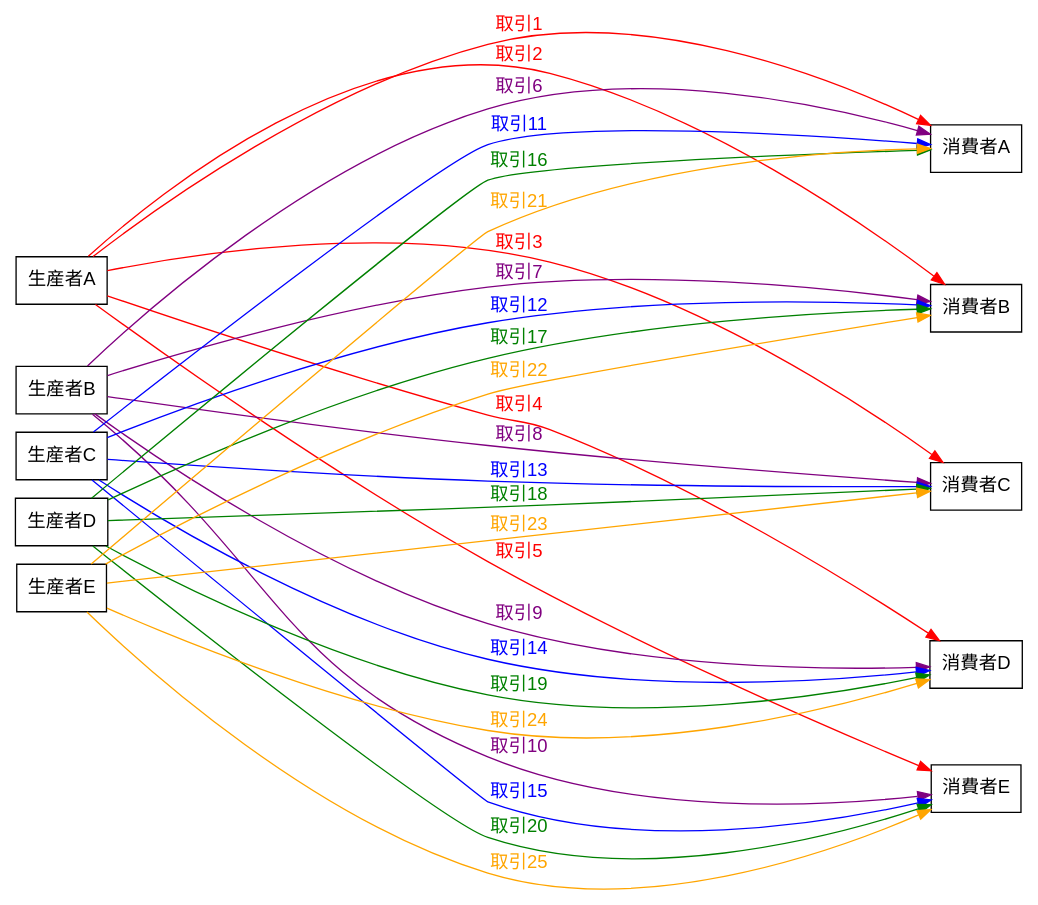
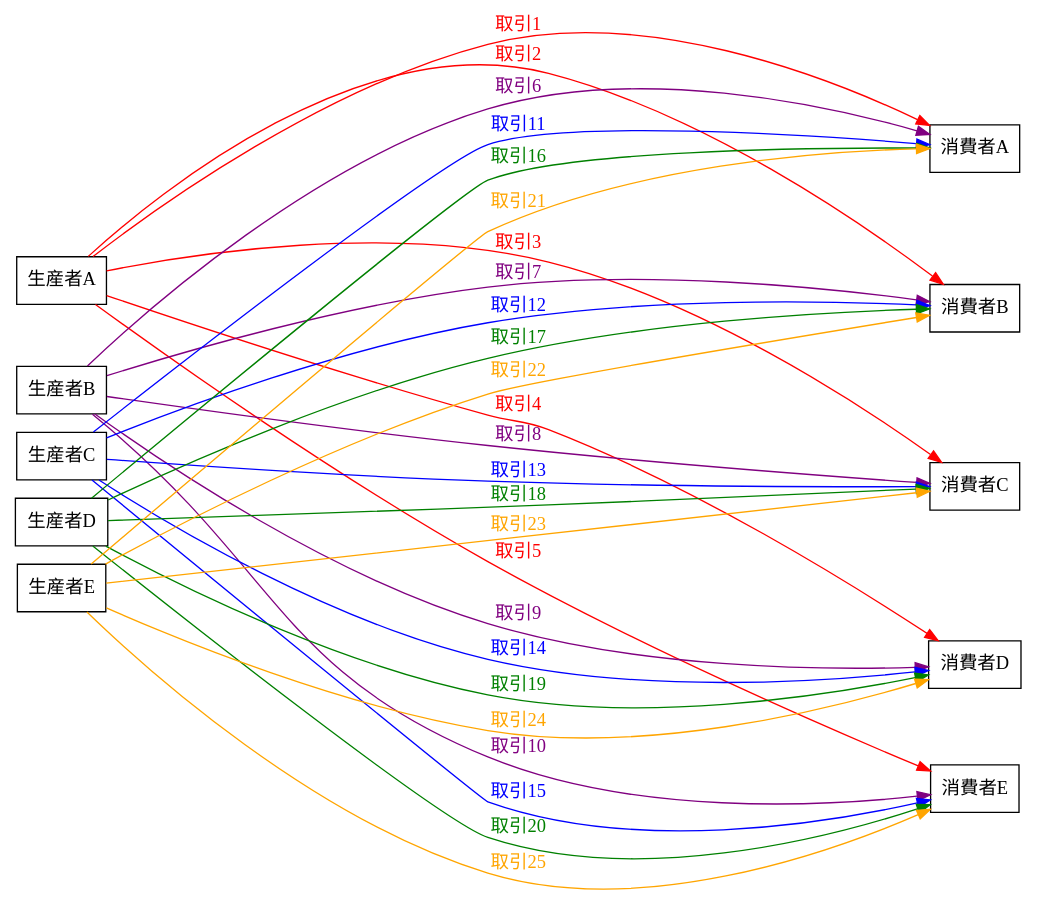
The diagram in Graphviz/transaction1.gv (takeshinishimura/Agricultural_Markets), drawn with Graphviz before and after one commit. The commit also changed 346 other files, not shown here.

```diff
--- a/Graphviz/transaction1.gv
+++ b/Graphviz/transaction1.gv
@@ -1,69 +1,69 @@
 digraph transaction2 {
   rankdir=LR;
-  node [fontname=Helvetica, shape=box];
-  ranksep=8.0;
-  nodesep=0.1;
+  node [fontname = "IPAEXGothic", shape = box];
+  ranksep = 8.0;
+  nodesep = 0.1;
 
   subgraph kluster_0 {
-    label="生産者";
-    P1 [label="生産者A"];
-    P2 [label="生産者B"];
-    P3 [label="生産者C"];
-    P4 [label="生産者D"];
-    P5 [label="生産者E"];
-    P1 -> P2 [style=invis];
-    P2 -> P3 [style=invis];
-    P3 -> P4 [style=invis];
-    P4 -> P5 [style=invis];
+    label = "生産者";
+    P1 [label = "生産者A"];
+    P2 [label = "生産者B"];
+    P3 [label = "生産者C"];
+    P4 [label = "生産者D"];
+    P5 [label = "生産者E"];
+    P1 -> P2 [style = invis];
+    P2 -> P3 [style = invis];
+    P3 -> P4 [style = invis];
+    P4 -> P5 [style = invis];
     {rank = same; P1; P2; P3; P4; P5}
   }
 
   subgraph kluster_1 {
-    label="消費者";
-    C1 [label="消費者A"];
-    C2 [label="消費者B"];
-    C3 [label="消費者C"];
-    C4 [label="消費者D"];
-    C5 [label="消費者E"];
-    C1 -> C2 [style=invis];
-    C2 -> C3 [style=invis];
-    C3 -> C4 [style=invis];
-    C4 -> C5 [style=invis];
+    label = "消費者";
+    C1 [label = "消費者A"];
+    C2 [label = "消費者B"];
+    C3 [label = "消費者C"];
+    C4 [label = "消費者D"];
+    C5 [label = "消費者E"];
+    C1 -> C2 [style = invis];
+    C2 -> C3 [style = invis];
+    C3 -> C4 [style = invis];
+    C4 -> C5 [style = invis];
     {rank = same; C1; C2; C3; C4; C5}
   }
 
-  edge [fontname=Helvetica, fontcolor=red, color=red];
-  P1 -> C1 [label="取引1"];
-  P1 -> C2 [label="取引2"];
-  P1 -> C3 [label="取引3"];
-  P1 -> C4 [label="取引4"];
-  P1 -> C5 [label="取引5"];
+  edge [fontname = "IPAEXGothic", fontcolor = red, color = red];
+  P1 -> C1 [label = "取引1"];
+  P1 -> C2 [label = "取引2"];
+  P1 -> C3 [label = "取引3"];
+  P1 -> C4 [label = "取引4"];
+  P1 -> C5 [label = "取引5"];
   
-  edge [fontname=Helvetica, fontcolor=purple, color=purple];
-  P2 -> C1 [label="取引6"];
-  P2 -> C2 [label="取引7"];
-  P2 -> C3 [label="取引8"];
-  P2 -> C4 [label="取引9"];
-  P2 -> C5 [label="取引10"];
+  edge [fontname = "IPAEXGothic", fontcolor = purple, color = purple];
+  P2 -> C1 [label = "取引6"];
+  P2 -> C2 [label = "取引7"];
+  P2 -> C3 [label = "取引8"];
+  P2 -> C4 [label = "取引9"];
+  P2 -> C5 [label = "取引10"];
   
-  edge [fontname=Helvetica, fontcolor=blue, color=blue];
-  P3 -> C1 [label="取引11"];
-  P3 -> C2 [label="取引12"];
-  P3 -> C3 [label="取引13"];
-  P3 -> C4 [label="取引14"];
-  P3 -> C5 [label="取引15"];
+  edge [fontname = "IPAEXGothic", fontcolor = blue, color = blue];
+  P3 -> C1 [label = "取引11"];
+  P3 -> C2 [label = "取引12"];
+  P3 -> C3 [label = "取引13"];
+  P3 -> C4 [label = "取引14"];
+  P3 -> C5 [label = "取引15"];
   
-  edge [fontname=Helvetica, fontcolor=green, color=green];
-  P4 -> C1 [label="取引16"];
-  P4 -> C2 [label="取引17"];
-  P4 -> C3 [label="取引18"];
-  P4 -> C4 [label="取引19"];
-  P4 -> C5 [label="取引20"];
+  edge [fontname = "IPAEXGothic", fontcolor = green, color = green];
+  P4 -> C1 [label = "取引16"];
+  P4 -> C2 [label = "取引17"];
+  P4 -> C3 [label = "取引18"];
+  P4 -> C4 [label = "取引19"];
+  P4 -> C5 [label = "取引20"];
 
-  edge [fontname=Helvetica, fontcolor=orange, color= orange];
-  P5 -> C1 [label="取引21"];
-  P5 -> C2 [label="取引22"];
-  P5 -> C3 [label="取引23"];
-  P5 -> C4 [label="取引24"];
-  P5 -> C5 [label="取引25"];
+  edge [fontname = "IPAEXGothic", fontcolor = orange, color = orange];
+  P5 -> C1 [label = "取引21"];
+  P5 -> C2 [label = "取引22"];
+  P5 -> C3 [label = "取引23"];
+  P5 -> C4 [label = "取引24"];
+  P5 -> C5 [label = "取引25"];
 }
```
